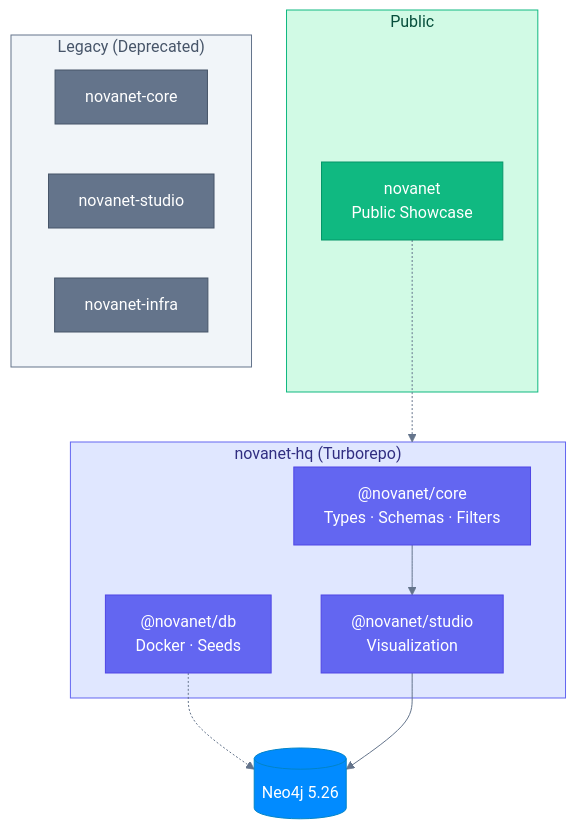
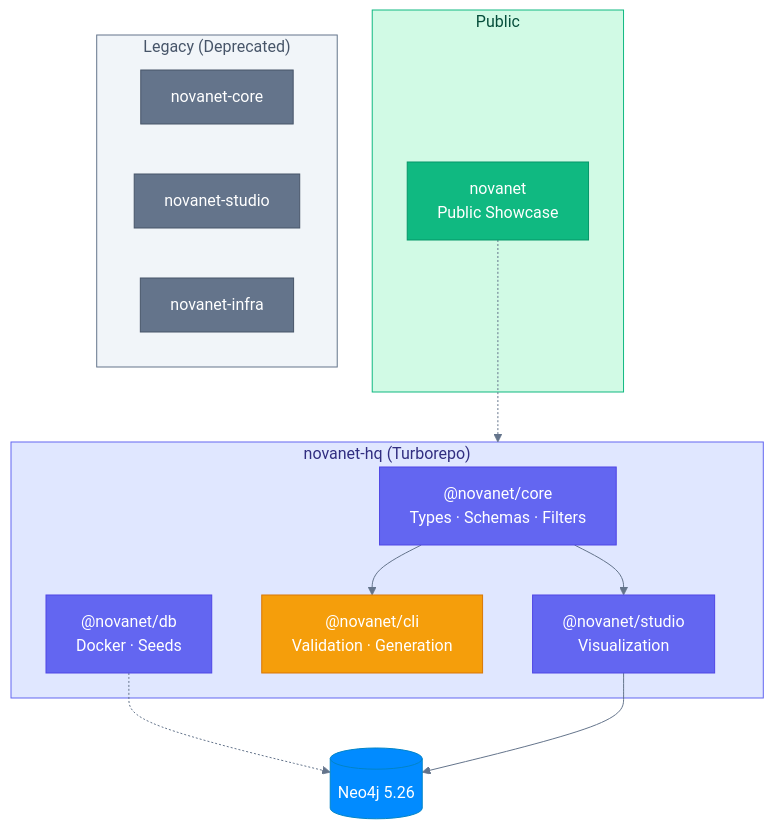
The diagram in ECOSYSTEM.md (supernovae-st/novanet), drawn with Mermaid before and after one commit. The commit also changed other lines of this file and 1 other file, not shown here.

Commit message:
docs: improve coherence after code review
Fixes based on code review findings:

README.md:
- Add versions to packages table (8.1.0, 1.0.0, 0.1.0)
- Add @novanet/cli package (in development)
- Split Ecosystem into Active/Legacy sections (aligns with ECOSYSTEM.md)
- Update architecture diagram with CLI and versions

ECOSYSTEM.md:
- Add @novanet/cli to packages table
- Add CLI to architecture diagram with orange color
- Add CORE → CLI dependency arrow
- Update dependencies section (CLI no longer "future")

````diff
--- a/ECOSYSTEM.md
+++ b/ECOSYSTEM.md
@@ -9,40 +9,44 @@
 ```mermaid
 %%{init: {'theme': 'base', 'themeVariables': {'lineColor': '#64748b'}}}%%
 flowchart TB
     subgraph PUBLIC["Public"]
         NOVANET[novanet<br/>Public Showcase]
     end
 
     subgraph MONOREPO["novanet-hq (Turborepo)"]
         CORE["@novanet/core<br/>Types · Schemas · Filters"]
         DB["@novanet/db<br/>Docker · Seeds"]
+        CLI["@novanet/cli<br/>Validation · Generation"]
         STUDIO["@novanet/studio<br/>Visualization"]
     end
 
     subgraph LEGACY["Legacy (Deprecated)"]
         CORE_OLD[novanet-core]
         STUDIO_OLD[novanet-studio]
         INFRA_OLD[novanet-infra]
     end
 
     NEO4J[("Neo4j 5.26")]
 
     NOVANET -.-> MONOREPO
     CORE --> STUDIO
+    CORE --> CLI
     DB -.-> NEO4J
     STUDIO --> NEO4J
 
     classDef public fill:#10b981,stroke:#059669,color:#fff
     classDef mono fill:#6366f1,stroke:#4f46e5,color:#fff
+    classDef cli fill:#f59e0b,stroke:#d97706,color:#fff
     classDef legacy fill:#64748b,stroke:#475569,color:#fff
     classDef db fill:#018bff,stroke:#0284c7,color:#fff
 
     class NOVANET public
     class CORE,DB,STUDIO mono
+    class CLI cli
     class CORE_OLD,STUDIO_OLD,INFRA_OLD legacy
     class NEO4J db
 
     style PUBLIC fill:#d1fae5,stroke:#10b981,color:#064e3b
     style MONOREPO fill:#e0e7ff,stroke:#6366f1,color:#312e81
     style LEGACY fill:#f1f5f9,stroke:#64748b,color:#475569
 ```
````
